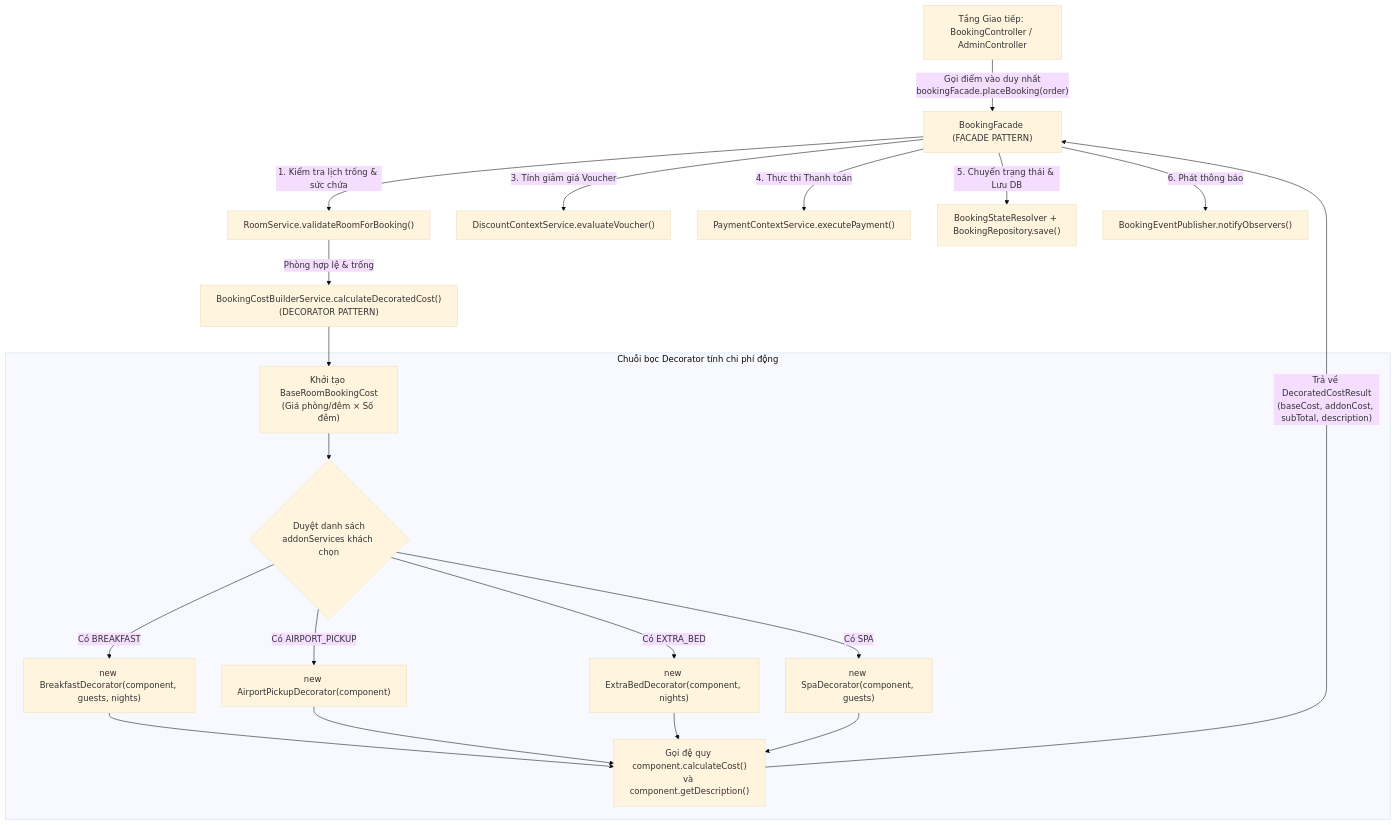
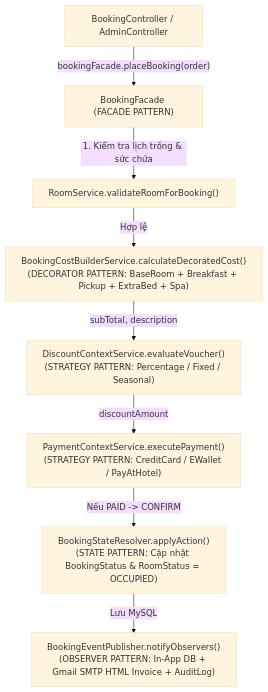
Before and after one commit to Binfhan/hotel-booking-system: the fifth of 9 diagrams in BAO_CAO_DESIGN_PATTERNS_VA_SOLID.md, drawn with Mermaid (base theme). The commit also changed other lines of this file and 23 other files, not shown here.

Commit message:
feat: add online payment modal, SMTP invoice email, multi-source image upload, VN date format and update full Design Patterns & SOLID report

````diff
--- a/BAO_CAO_DESIGN_PATTERNS_VA_SOLID.md
+++ b/BAO_CAO_DESIGN_PATTERNS_VA_SOLID.md
@@ -430,26 +465,11 @@
 ```mermaid
 flowchart TB
-    Client["Tầng Giao tiếp: BookingController / AdminController"] -->|"Gọi điểm vào duy nhất\nbookingFacade.placeBooking(order)"| Facade["BookingFacade (FACADE PATTERN)"]
+    Client["BookingController / AdminController"] -->|"bookingFacade.placeBooking(order)"| Facade["BookingFacade (FACADE PATTERN)"]
 
     Facade -->|"1. Kiểm tra lịch trống & sức chứa"| Step1["RoomService.validateRoomForBooking()"]
-    Step1 -->|"Phòng hợp lệ & trống"| Step2["BookingCostBuilderService.calculateDecoratedCost()\n(DECORATOR PATTERN)"]
-
-    subgraph Decorator_Pipeline["Chuỗi bọc Decorator tính chi phí động"]
-        Base["Khởi tạo BaseRoomBookingCost\n(Giá phòng/đêm × Số đêm)"] --> Loop{"Duyệt danh sách\naddonServices khách chọn"}
-        Loop -->|"Có BREAKFAST"| W1["new BreakfastDecorator(component, guests, nights)"]
-        Loop -->|"Có AIRPORT_PICKUP"| W2["new AirportPickupDecorator(component)"]
-        Loop -->|"Có EXTRA_BED"| W3["new ExtraBedDecorator(component, nights)"]
-        Loop -->|"Có SPA"| W4["new SpaDecorator(component, guests)"]
-        W1 --> Sum["Gọi đệ quy component.calculateCost()\nvà component.getDescription()"]
-        W2 --> Sum
-        W3 --> Sum
-        W4 --> Sum
-    end
-
-    Step2 --> Base
-    Sum -->|"Trả về DecoratedCostResult\n(baseCost, addonCost, subTotal, description)"| Facade
-    Facade -->|"3. Tính giảm giá Voucher"| Step3["DiscountContextService.evaluateVoucher()"]
-    Facade -->|"4. Thực thi Thanh toán"| Step4["PaymentContextService.executePayment()"]
-    Facade -->|"5. Chuyển trạng thái & Lưu DB"| Step5["BookingStateResolver + BookingRepository.save()"]
-    Facade -->|"6. Phát thông báo"| Step6["BookingEventPublisher.notifyObservers()"]
+    Step1 -->|"Hợp lệ"| Step2["BookingCostBuilderService.calculateDecoratedCost()\n(DECORATOR PATTERN: BaseRoom + Breakfast + Pickup + ExtraBed + Spa)"]
+    Step2 -->|"subTotal, description"| Step3["DiscountContextService.evaluateVoucher()\n(STRATEGY PATTERN: Percentage / Fixed / Seasonal)"]
+    Step3 -->|"discountAmount"| Step4["PaymentContextService.executePayment()\n(STRATEGY PATTERN: CreditCard / EWallet / PayAtHotel)"]
+    Step4 -->|"Nếu PAID -> CONFIRM"| Step5["BookingStateResolver.applyAction()\n(STATE PATTERN: Cập nhật BookingStatus & RoomStatus = OCCUPIED)"]
+    Step5 -->|"Lưu MySQL"| Step6["BookingEventPublisher.notifyObservers()\n(OBSERVER PATTERN: In-App DB + Gmail SMTP HTML Invoice + AuditLog)"]
 ```
````
